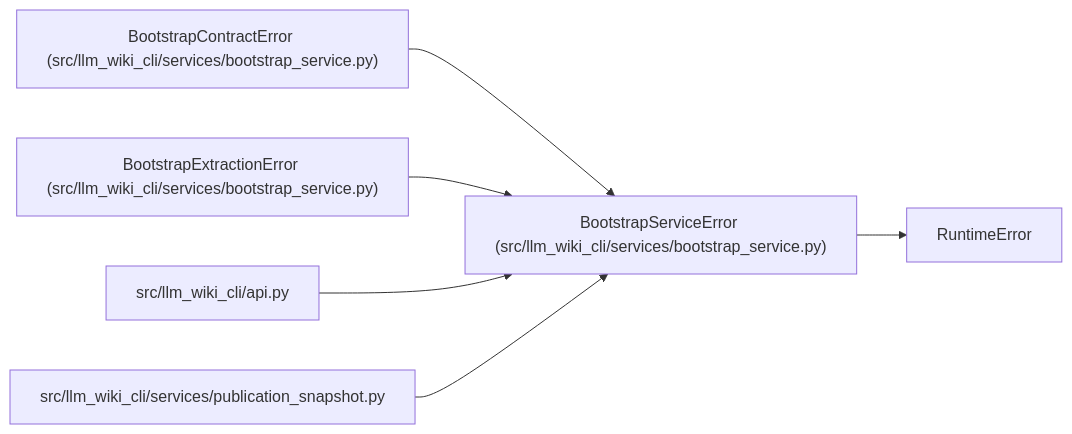
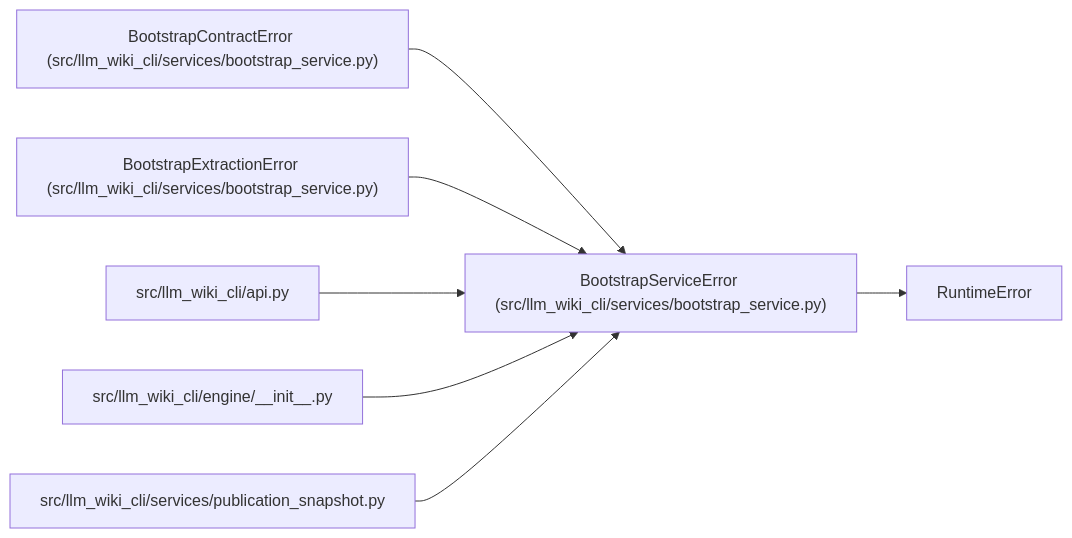
One commit to Denissvgn/python-wiki-llm changed the diagram in docs/llm_wiki/entities/BootstrapServiceError.md. Above: the diagram before and after it, drawn with Mermaid. The commit also changed other lines of this file and 1555 other files, not shown here.

First line of the commit message:
docs: refresh the wiki for the engine layer

````diff
--- a/docs/llm_wiki/entities/BootstrapServiceError.md
+++ b/docs/llm_wiki/entities/BootstrapServiceError.md
@@ -23,19 +23,22 @@
 ```mermaid
 flowchart LR
     n0["BootstrapServiceError (src/llm_wiki_cli/services/bootstrap_service.py)"]
     n1["RuntimeError"]
     n2["BootstrapContractError (src/llm_wiki_cli/services/bootstrap_service.py)"]
     n3["BootstrapExtractionError (src/llm_wiki_cli/services/bootstrap_service.py)"]
     n4["src/llm_wiki_cli/api.py"]
-    n5["src/llm_wiki_cli/services/publication_snapshot.py"]
+    n5["src/llm_wiki_cli/engine/__init__.py"]
+    n6["src/llm_wiki_cli/services/publication_snapshot.py"]
     n0 --> n1
     n2 --> n0
     n3 --> n0
     n4 --> n0
     n5 --> n0
+    n6 --> n0
     click n0 "../modules/bootstrap_service.md"
     click n2 "../modules/bootstrap_service.md"
     click n3 "../modules/bootstrap_service.md"
     click n4 "../modules/api.md"
-    click n5 "../modules/publication_snapshot.md"
+    click n5 "../modules/engine___init__.md"
+    click n6 "../modules/publication_snapshot.md"
 ```
````
